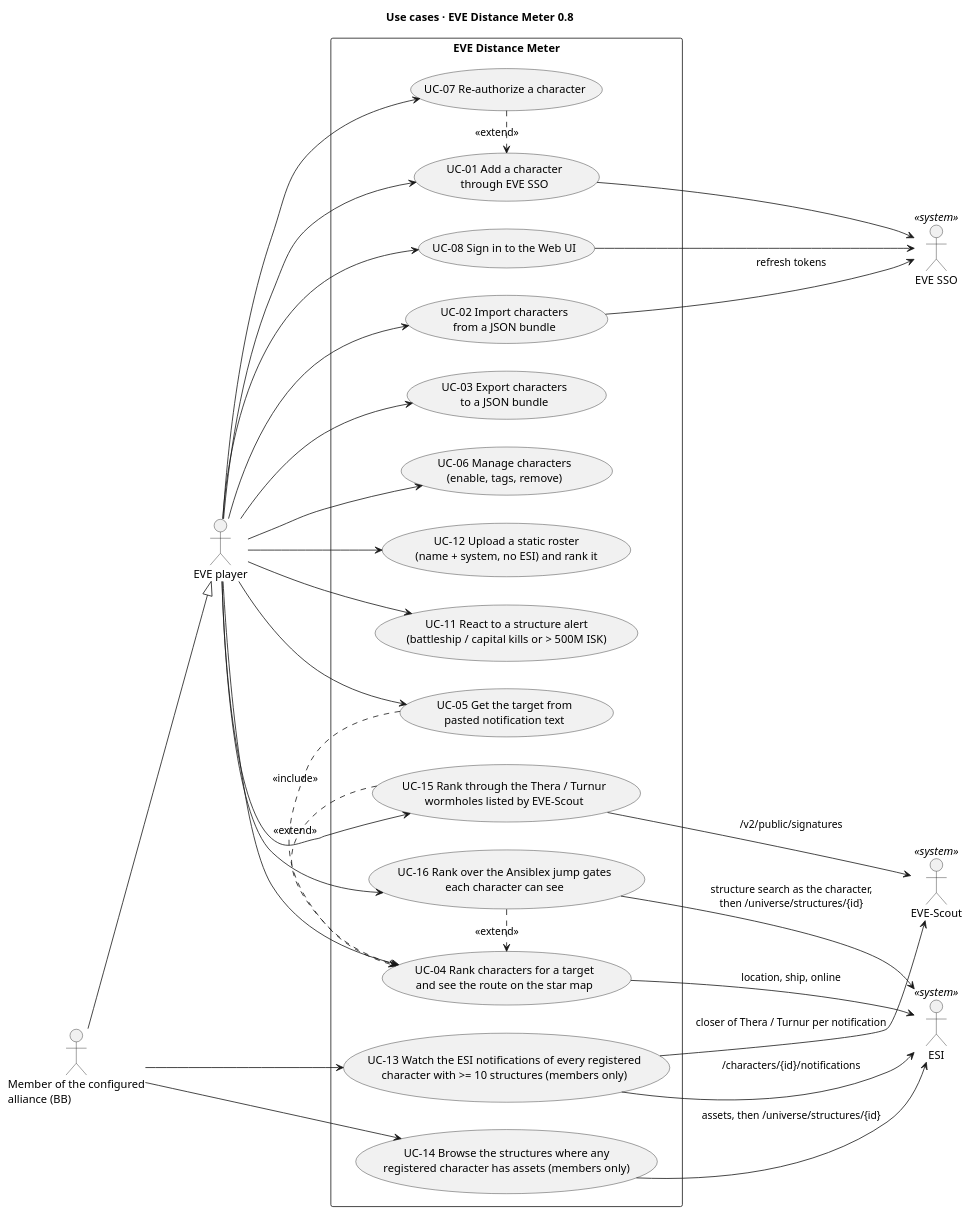
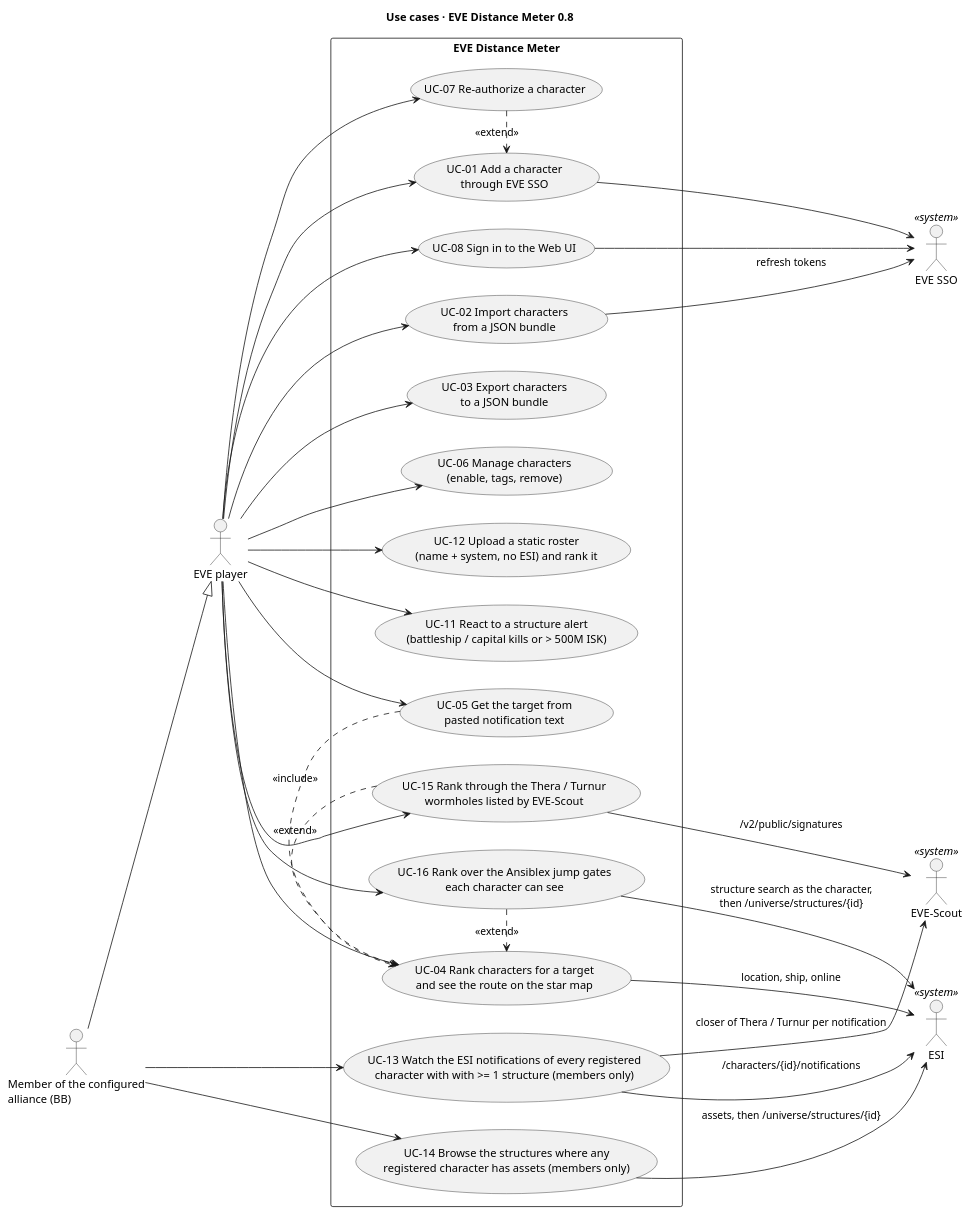
One commit to Headruner/war-bot-2 changed the diagram in docs/c4/00-use-cases.puml. Above: the diagram before and after it, drawn with PlantUML. The commit also changed 22 other files, not shown here.

```diff
--- a/docs/c4/00-use-cases.puml
+++ b/docs/c4/00-use-cases.puml
@@ -1,55 +1,55 @@
 @startuml use-cases
 title Use cases · EVE Distance Meter 0.8
 left to right direction
 skinparam shadowing false
 skinparam packageStyle rectangle
 actor "EVE player" as user
 actor "Member of the configured\nalliance (BB)" as bb
 actor "EVE SSO" as sso <<system>>
 actor "ESI" as esi <<system>>
 actor "EVE-Scout" as evs <<system>>
 rectangle "EVE Distance Meter" {
   usecase "UC-08 Sign in to the Web UI" as UC8
   usecase "UC-01 Add a character\nthrough EVE SSO" as UC1
   usecase "UC-07 Re-authorize a character" as UC7
   usecase "UC-02 Import characters\nfrom a JSON bundle" as UC2
   usecase "UC-03 Export characters\nto a JSON bundle" as UC3
   usecase "UC-06 Manage characters\n(enable, tags, remove)" as UC6
   usecase "UC-04 Rank characters for a target\nand see the route on the star map" as UC4
   usecase "UC-05 Get the target from\npasted notification text" as UC5
   usecase "UC-12 Upload a static roster\n(name + system, no ESI) and rank it" as UC12
-  usecase "UC-13 Watch the ESI notifications of every registered\ncharacter with >= 10 structures (members only)" as UC13
+  usecase "UC-13 Watch the ESI notifications of every registered\ncharacter with with >= 1 structure (members only)" as UC13
   usecase "UC-14 Browse the structures where any\nregistered character has assets (members only)" as UC14
   usecase "UC-15 Rank through the Thera / Turnur\nwormholes listed by EVE-Scout" as UC15
   usecase "UC-16 Rank over the Ansiblex jump gates\neach character can see" as UC16
   usecase "UC-11 React to a structure alert\n(battleship / capital kills or > 500M ISK)" as UC11
 }
 bb --|> user
 user --> UC8
 user --> UC1
 user --> UC7
 user --> UC2
 user --> UC3
 user --> UC6
 user --> UC4
 user --> UC5
 user --> UC12
 user --> UC15
 user --> UC16
 user --> UC11
 bb --> UC13
 bb --> UC14
 UC5 .> UC4 : <<include>>
 UC15 .> UC4 : <<extend>>
 UC16 .> UC4 : <<extend>>
 UC7 .> UC1 : <<extend>>
 UC8 --> sso
 UC1 --> sso
 UC2 --> sso : refresh tokens
 UC4 --> esi : location, ship, online
 UC13 --> esi : /characters/{id}/notifications
 UC14 --> esi : assets, then /universe/structures/{id}
 UC15 --> evs : /v2/public/signatures
 UC13 --> evs : closer of Thera / Turnur per notification
 UC16 --> esi : structure search as the character,\nthen /universe/structures/{id}
 @enduml
```
